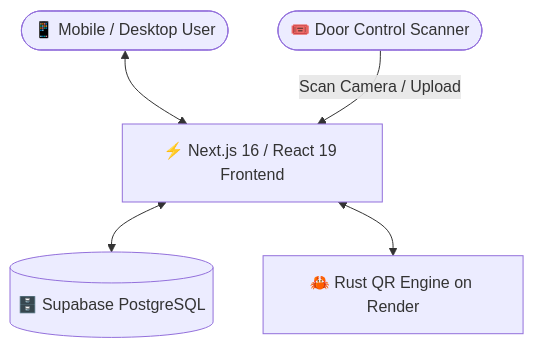
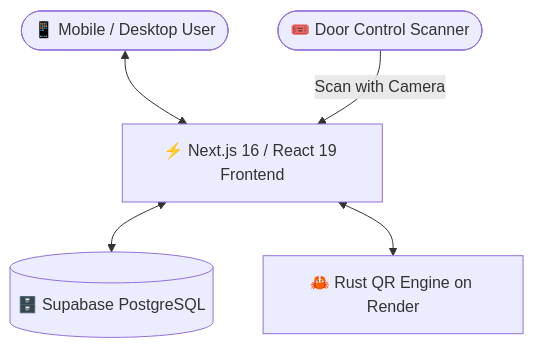
Before and after one commit to roopakv-glithub/EventPass: the diagram in README.md, drawn with Mermaid. The commit also changed other lines of this file, not shown here.

````diff
--- a/README.md
+++ b/README.md
@@ -47,7 +47,7 @@
 ```mermaid
 graph TD
     User([📱 Mobile / Desktop User]) <--> Frontend[⚡ Next.js 16 / React 19 Frontend]
     Frontend <--> Supabase[(🗄️ Supabase PostgreSQL)]
     Frontend <--> RustAPI[🦀 Rust QR Engine on Render]
-    Organizer([🎟️ Door Control Scanner]) -->|Scan Camera / Upload| Frontend
+    Organizer([🎟️ Door Control Scanner]) -->|Scan with Camera| Frontend
 ```
````
